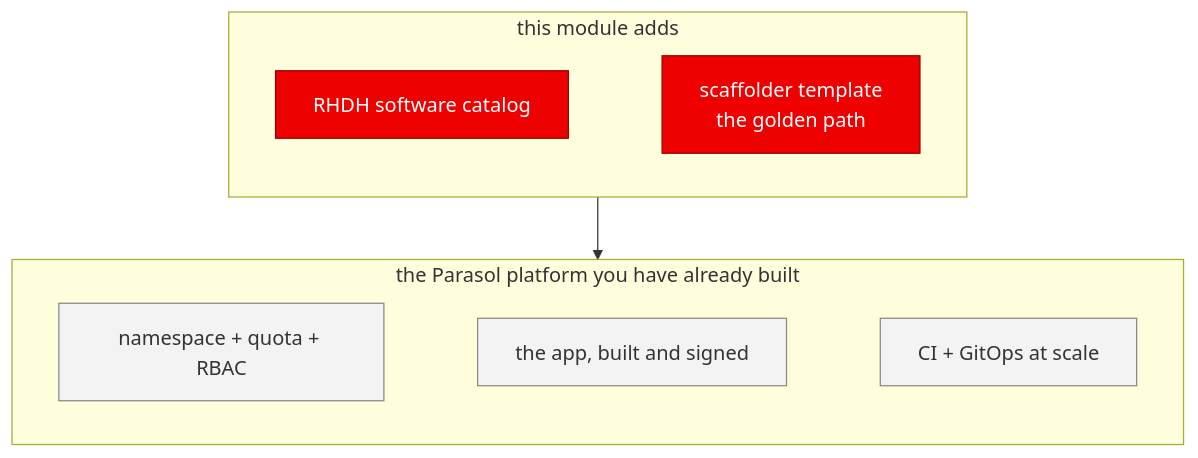
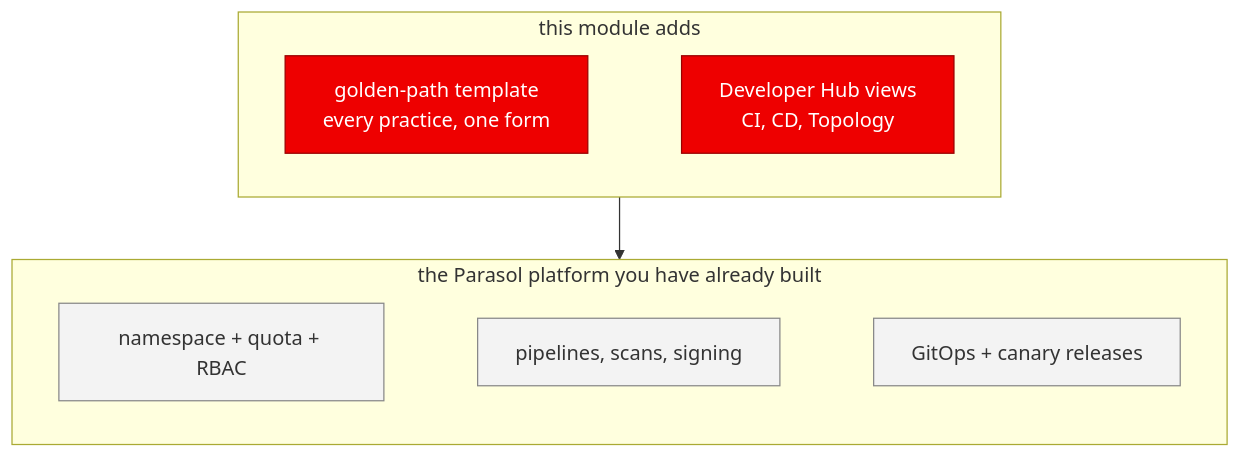
The diagram in content/modules/ROOT/examples/diagrams/developer-hub-golden-paths/04-platform-accretion.mmd (serhat-dirik/OCP-Getting-Started-Revamped), drawn with Mermaid before and after one commit. The commit also changed 16 other files, not shown here.

First line of the commit message:
feat(developer-hub-golden-paths): the module is now one golden template, build to production

```diff
--- a/content/modules/ROOT/examples/diagrams/developer-hub-golden-paths/04-platform-accretion.mmd
+++ b/content/modules/ROOT/examples/diagrams/developer-hub-golden-paths/04-platform-accretion.mmd
@@ -1,31 +1,31 @@
 %% Platform accretion — Developer Hub & Golden Paths.
 %% ONE cumulative picture of the Parasol platform, with THIS module's layer lit up (red) on
 %% everything the attendee has already built (grey). Authored per module (owner decision
 %% 2026-07-28) rather than generated: explicit and readable, at the cost of keeping the grey
 %% base in step across all 12 when the platform changes. If you change the base here, change it
 %% in the sibling per-module NN-platform-accretion.mmd files too.
 %% ---
 %% NEVER put an angle-bracket placeholder in a .mmd file. Antora emits mermaid source into the
 %% page UNESCAPED, so the browser parses it as a real unknown element, which never closes and
 %% swallows the rest of the graph — the diagram renders as "Syntax error in text". The build
 %% still exits 0 with zero warnings, because Antora never parses mermaid; it only wraps it.
 %% This exact token broke 22 of 25 accretion diagrams from 2026-07-28 until 2026-08-06.
 flowchart TB
   subgraph THIS["this module adds"]
     direction LR
-    H1["RHDH software catalog"]
-    H2["scaffolder template<br/>the golden path"]
+    H1["golden-path template<br/>every practice, one form"]
+    H2["Developer Hub views<br/>CI, CD, Topology"]
     H1 ~~~ H2
   end
   subgraph BASE["the Parasol platform you have already built"]
     direction LR
     P1["namespace + quota + RBAC"]
-    P2["the app, built and signed"]
-    P3["CI + GitOps at scale"]
+    P2["pipelines, scans, signing"]
+    P3["GitOps + canary releases"]
     P1 ~~~ P2 ~~~ P3
   end
   THIS --> BASE
   classDef hi fill:#e00,stroke:#900,color:#fff;
   classDef plat fill:#f3f3f3,stroke:#888,color:#333;
   class H1,H2 hi;
   class P1,P2,P3 plat;
```
